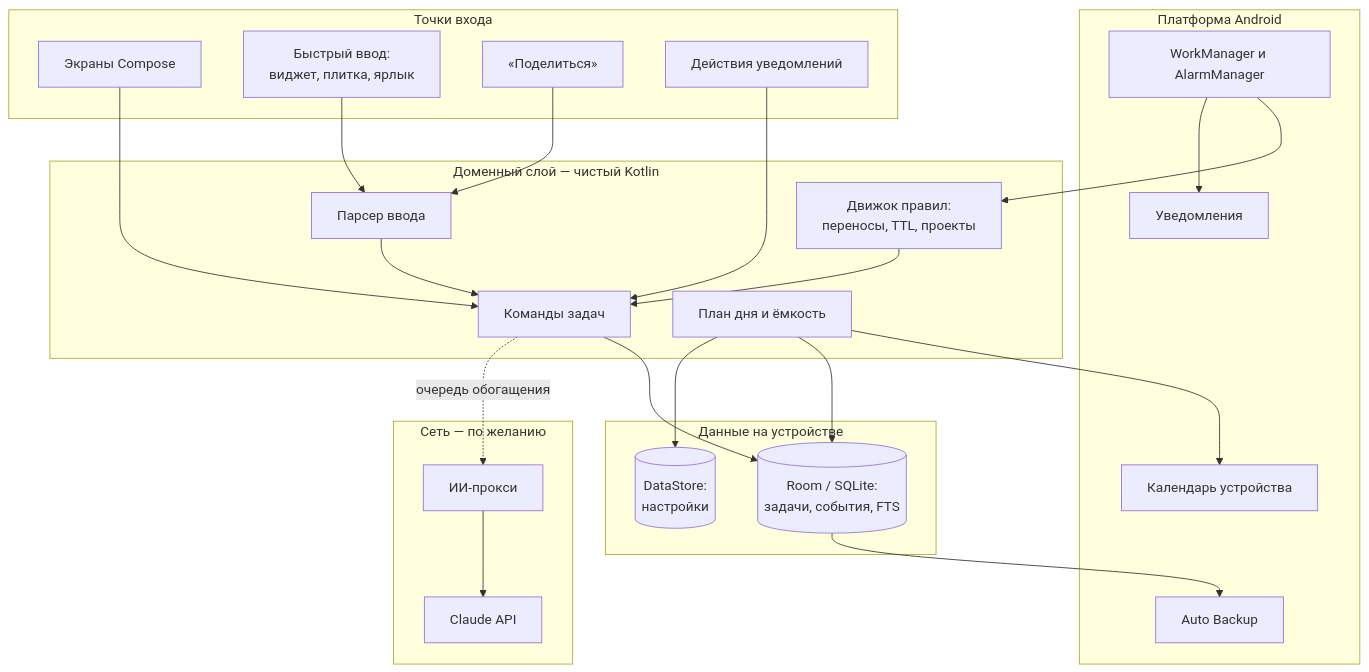
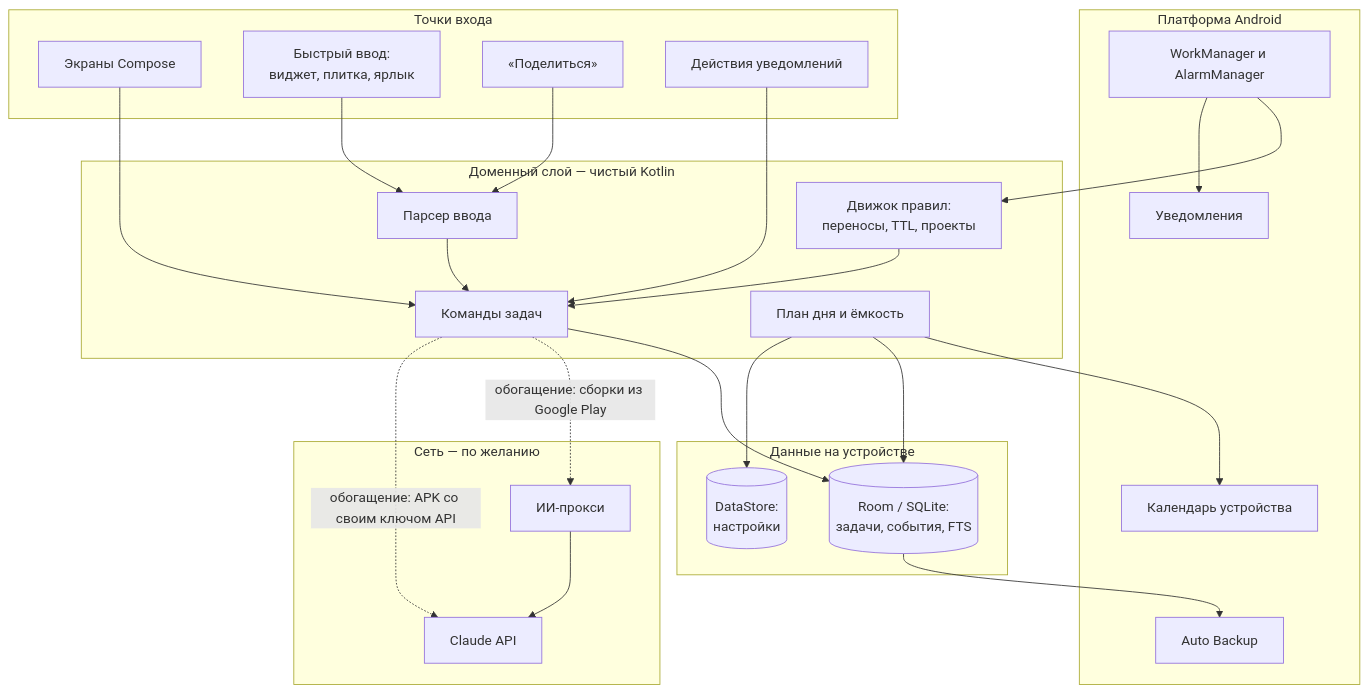
One commit to 0xNaezo/Tasker changed the first of 4 diagrams in docs/tech-plan.md. Above: the diagram before and after it, drawn with Mermaid. The commit also changed other lines of this file, not shown here.

````diff
--- a/docs/tech-plan.md
+++ b/docs/tech-plan.md
@@ -109,44 +110,45 @@
 ```mermaid
 flowchart TB
     subgraph entry["Точки входа"]
         ui["Экраны Compose"]
         qc["Быстрый ввод:<br/>виджет, плитка, ярлык"]
         share["«Поделиться»"]
         nact["Действия уведомлений"]
     end
     subgraph domain["Доменный слой — чистый Kotlin"]
         parser["Парсер ввода"]
         cmd["Команды задач"]
         rules["Движок правил:<br/>переносы, TTL, проекты"]
         planner["План дня и ёмкость"]
     end
     subgraph data["Данные на устройстве"]
         db[("Room / SQLite:<br/>задачи, события, FTS")]
         ds[("DataStore:<br/>настройки")]
     end
     subgraph platform["Платформа Android"]
         cal["Календарь устройства"]
         sched["WorkManager и AlarmManager"]
         notif["Уведомления"]
         backup["Auto Backup"]
     end
     subgraph net["Сеть — по желанию"]
         proxy["ИИ-прокси"]
         llm["Claude API"]
     end
     ui --> cmd
     qc --> parser
     share --> parser
     parser --> cmd
     nact --> cmd
     cmd --> db
     planner --> cal
     planner --> db
     planner --> ds
     sched --> rules
     rules --> cmd
     sched --> notif
     db --> backup
-    cmd -.->|"очередь обогащения"| proxy
+    cmd -.->|"обогащение: сборки из Google Play"| proxy
     proxy --> llm
+    cmd -.->|"обогащение: APK со своим ключом API"| llm
 ```
````
